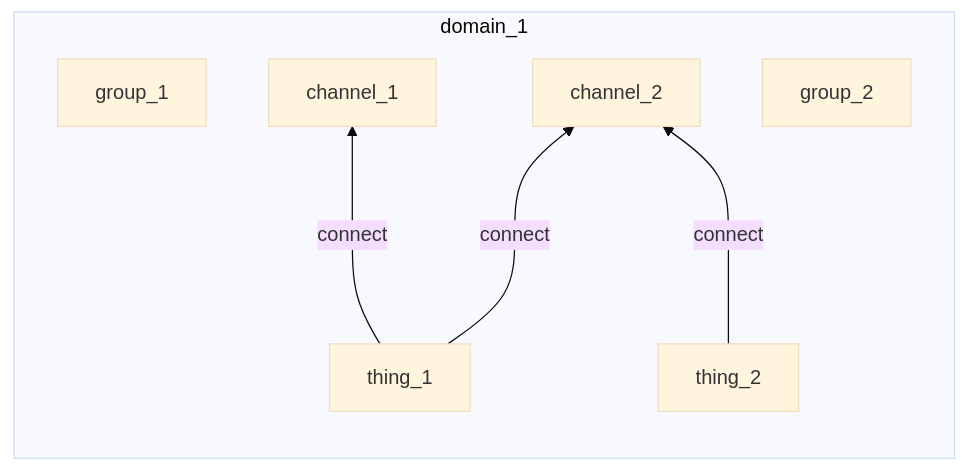
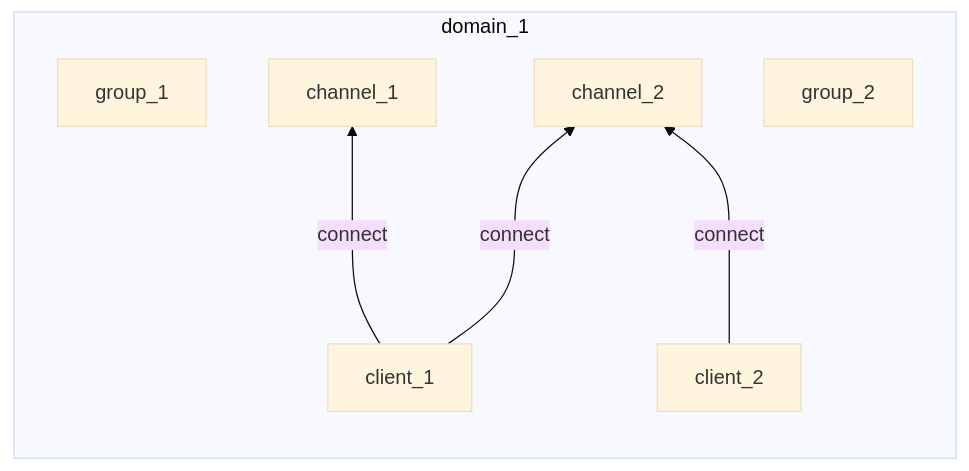
Before and after one commit to absmach/magistrala-docs: the fourth of 8 diagrams in docs/dev-guide/authorization.md, drawn with Mermaid (base theme). The commit also changed other lines of this file and 24 other files, not shown here.

````diff
--- a/docs/dev-guide/authorization.md
+++ b/docs/dev-guide/authorization.md
@@ -94,20 +94,20 @@
 ```mermaid
 graph
    subgraph domain_1
       direction BT
       Gr1["group_1"]
       Gr2["group_2"]
 
-      Th1["thing_1"]
-      Th2["thing_2"]
+      Cl1["client_1"]
+      Cl2["client_2"]
 
       Ch1["channel_1"]
       Ch2["channel_2"]
 
 
-      Th1 --->|connect| Ch1
-      Th1 --->|connect| Ch2
+      Cl1 --->|connect| Ch1
+      Cl1 --->|connect| Ch2
 
-      Th2 --->|connect| Ch2
+      Cl2 --->|connect| Ch2
    end
 ```
````
